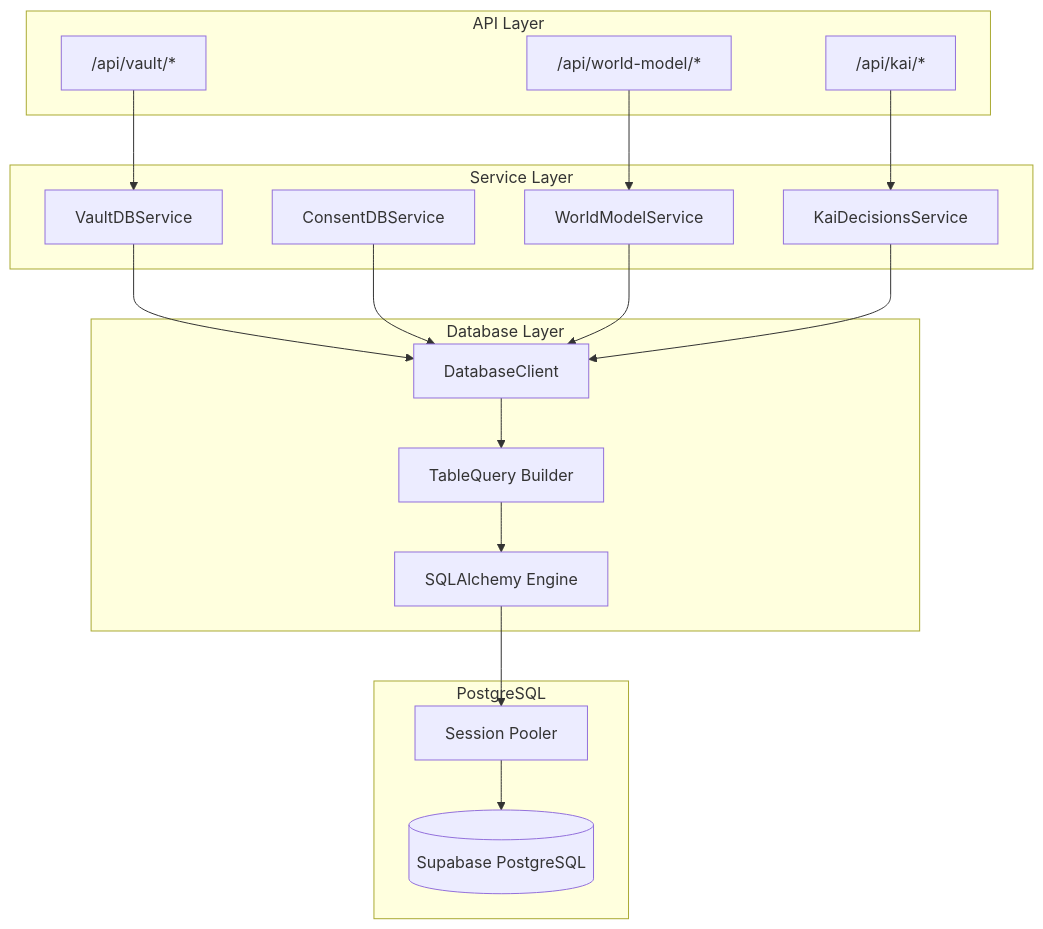
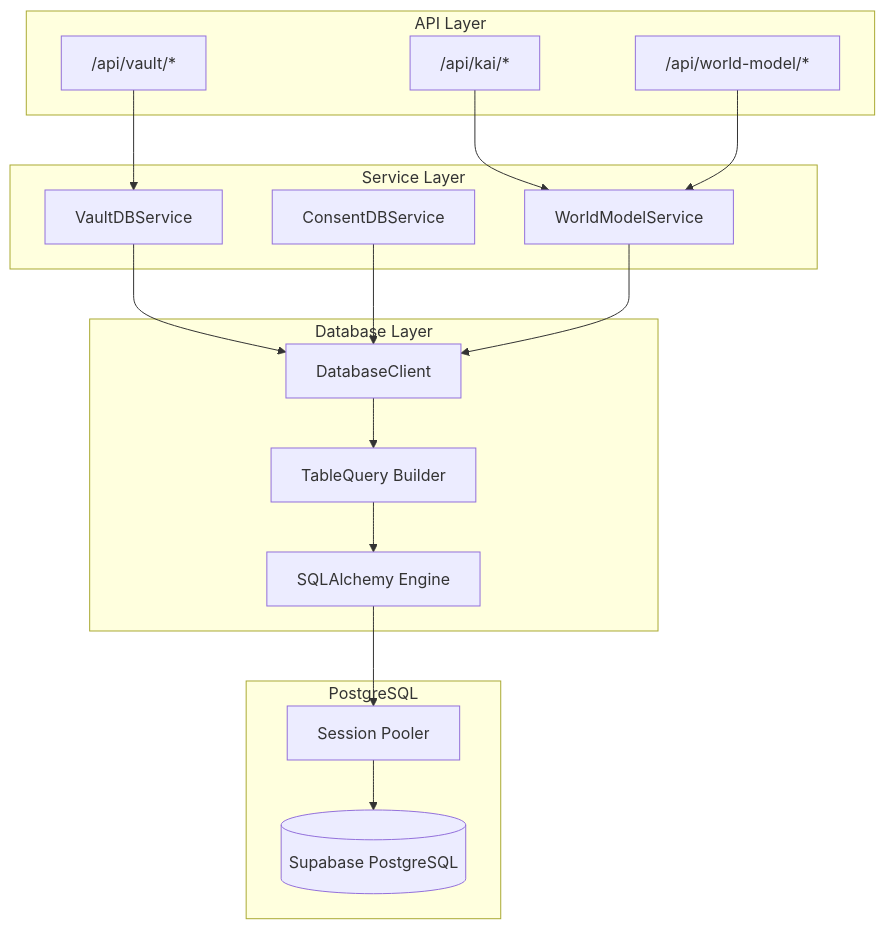
One commit to hushh-labs/consent-protocol changed the diagram in docs/reference/database_service_layer.md. Above: the diagram before and after it, drawn with Mermaid. The commit also changed other lines of this file and 147 other files, not shown here.

````diff
--- a/docs/reference/database_service_layer.md
+++ b/docs/reference/database_service_layer.md
@@ -22,38 +22,36 @@
 ```mermaid
 flowchart TD
     subgraph api [API Layer]
         R1["/api/vault/*"]
         R2["/api/kai/*"]
         R3["/api/world-model/*"]
     end
     
     subgraph services [Service Layer]
         VDB[VaultDBService]
         CDB[ConsentDBService]
         WMS[WorldModelService]
-        KDS[KaiDecisionsService]
     end
     
     subgraph db [Database Layer]
         DBC[DatabaseClient]
         TQ[TableQuery Builder]
         ENG[SQLAlchemy Engine]
     end
     
     subgraph pg [PostgreSQL]
         SP[Session Pooler]
         PG[(Supabase PostgreSQL)]
     end
     
     R1 --> VDB
-    R2 --> KDS
+    R2 --> WMS
     R3 --> WMS
     VDB --> DBC
     CDB --> DBC
     WMS --> DBC
-    KDS --> DBC
     DBC --> TQ
     TQ --> ENG
     ENG --> SP
     SP --> PG
 ```
````
